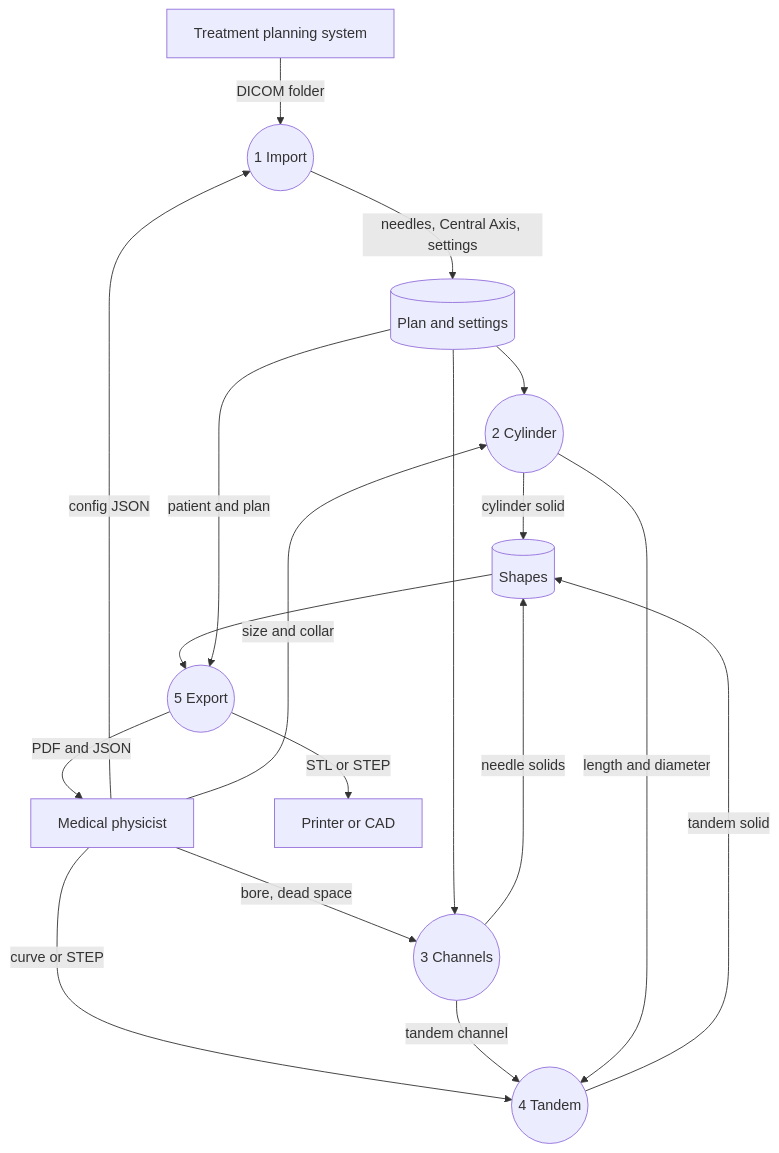
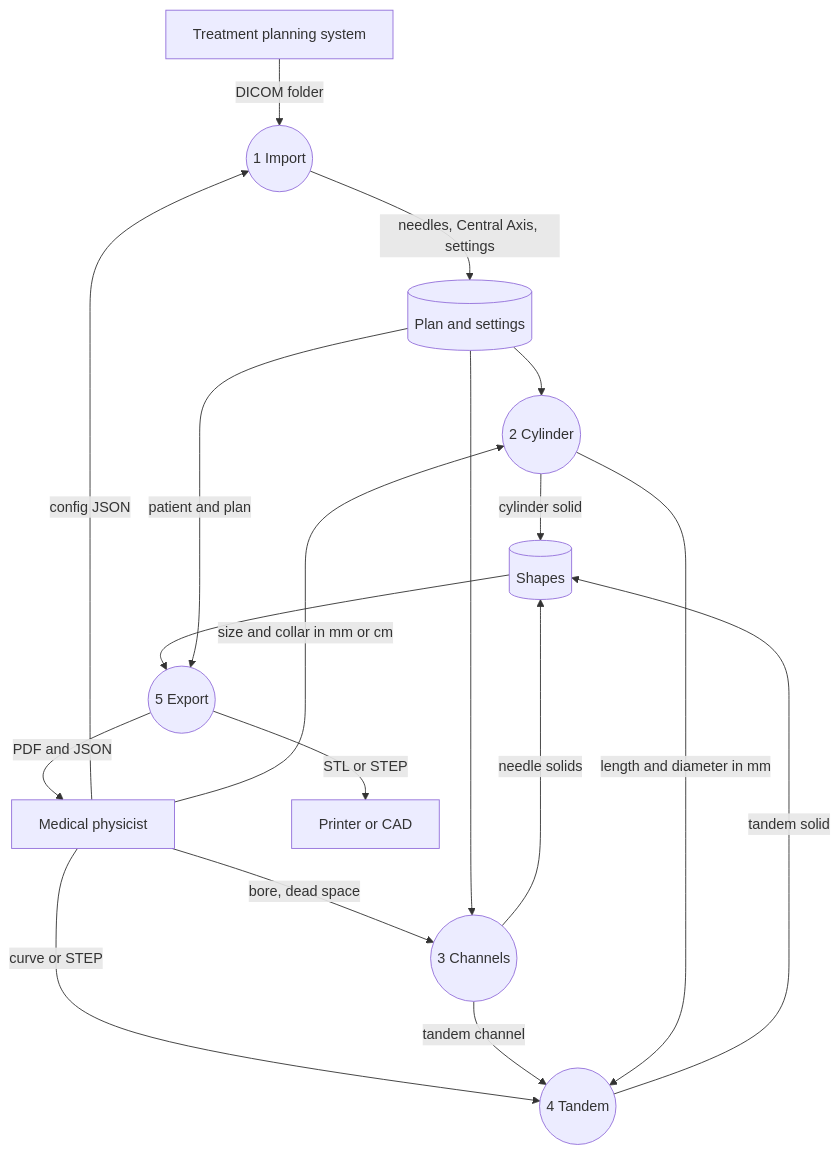
The diagram in docs/architecture/diagrams/existing-framework/dfd-1.mmd (COSC-499-W2026/capstone-project-team-10), drawn with Mermaid before and after one commit. The commit also changed 18 other files, not shown here.

```diff
--- a/docs/architecture/diagrams/existing-framework/dfd-1.mmd
+++ b/docs/architecture/diagrams/existing-framework/dfd-1.mmd
@@ -1,32 +1,32 @@
 %% title: DFD level 1
 %% alt: DFD level 1, the five tabs
 flowchart TB
   tps["Treatment planning system"]
   physicist["Medical physicist"]
   printer["Printer or CAD"]
 
   p1(("1 Import"))
   p2(("2 Cylinder"))
   p3(("3 Channels"))
   p4(("4 Tandem"))
   p5(("5 Export"))
   d1[("Plan and settings")]
   d2[("Shapes")]
 
   tps -->|"DICOM folder"| p1
   physicist -->|"config JSON"| p1
   p1 -->|"needles, Central Axis, settings"| d1
-  physicist -->|"size and collar"| p2
+  physicist -->|"size and collar in mm or cm"| p2
   d1 --> p2
   p2 -->|"cylinder solid"| d2
   physicist -->|"bore, dead space"| p3
   d1 --> p3
   p3 -->|"needle solids"| d2
   physicist -->|"curve or STEP"| p4
   p3 -->|"tandem channel"| p4
-  p2 -->|"length and diameter"| p4
+  p2 -->|"length and diameter in mm"| p4
   p4 -->|"tandem solid"| d2
   d2 --> p5
   d1 -->|"patient and plan"| p5
   p5 -->|"STL or STEP"| printer
   p5 -->|"PDF and JSON"| physicist
```
